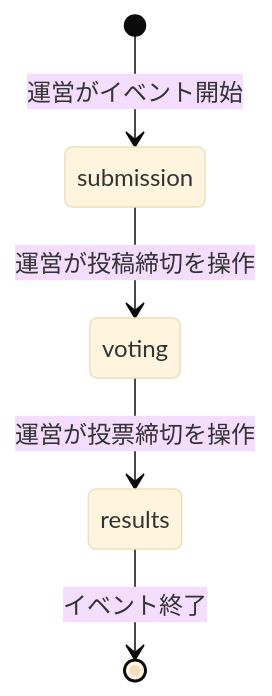
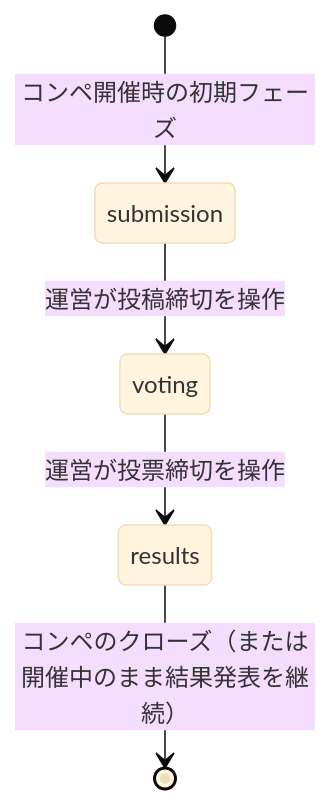
Before and after one commit to lewisia02/SwipeMatch: the tenth of 10 diagrams in docs/functional-design.md, drawn with Mermaid (base theme). The commit also changed other lines of this file and 8 other files, not shown here.

````diff
--- a/docs/functional-design.md
+++ b/docs/functional-design.md
@@ -397,7 +523,7 @@
 ```mermaid
 stateDiagram-v2
-    [*] --> submission: 運営がイベント開始
+    [*] --> submission: コンペ開催時の初期フェーズ
     submission --> voting: 運営が投稿締切を操作
     voting --> results: 運営が投票締切を操作
-    results --> [*]: イベント終了
+    results --> [*]: コンペのクローズ（または開催中のまま結果発表を継続）
 ```
````
